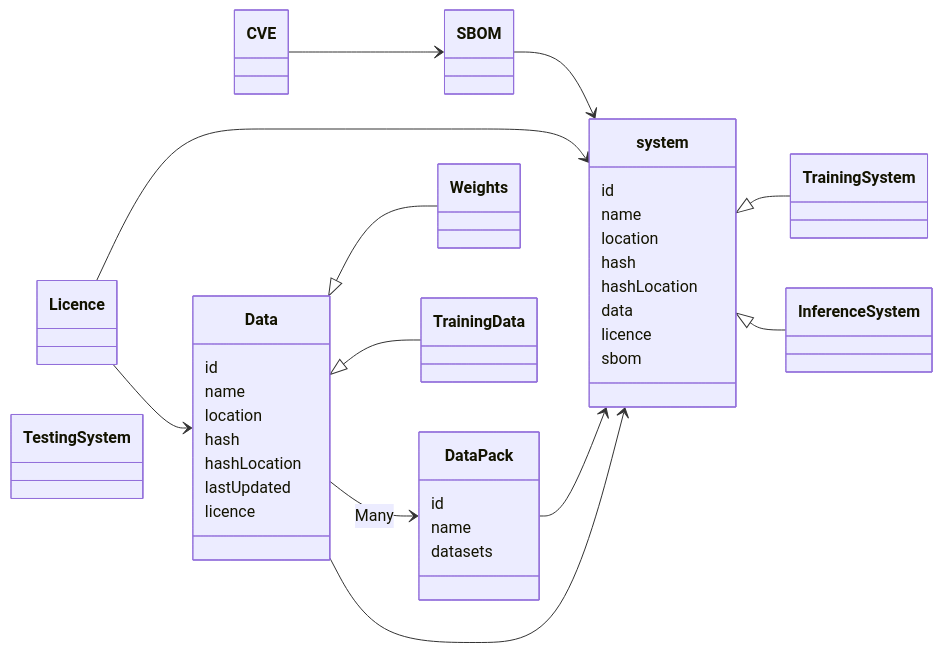
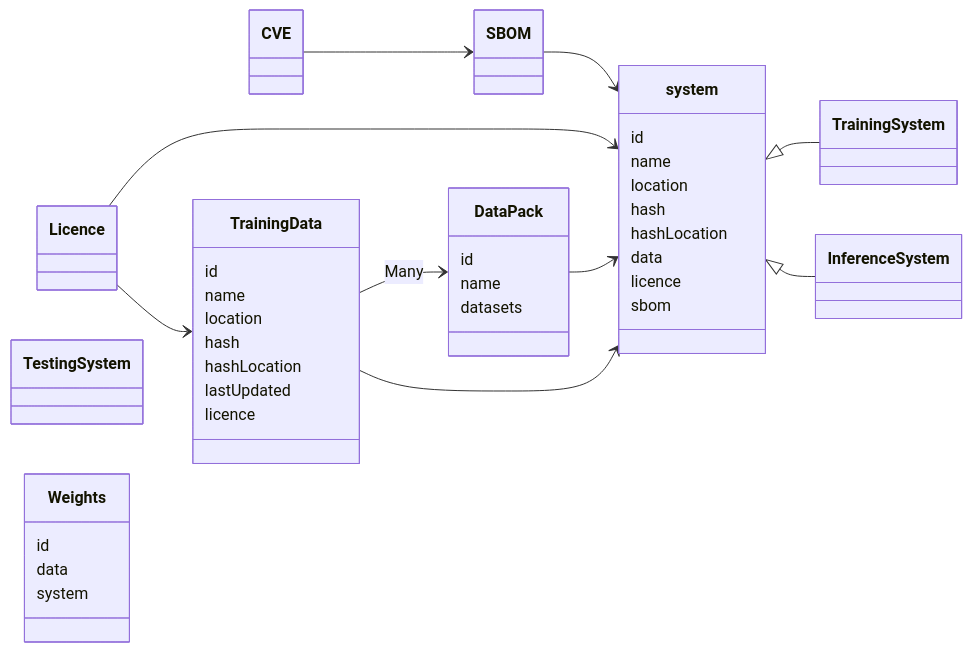
Before and after one commit to nqminds/Trusted-AI-BOM: the diagram in packages/docusaurus/docs/working-docs/30-requirements-and-design/30-requirements-and-design.md, drawn with Mermaid. The commit also changed other lines of this file, not shown here.

Commit message:
[2024-10-22 14:24:53] Tony McCaigue: Requirements & Design

````diff
--- a/packages/docusaurus/docs/working-docs/30-requirements-and-design/30-requirements-and-design.md
+++ b/packages/docusaurus/docs/working-docs/30-requirements-and-design/30-requirements-and-design.md
@@ -7,65 +7,68 @@
 ```mermaid
 classDiagram 
     direction LR
 
     class DataPack {
         id
         name
         datasets
     }
 
-    class Data{
+    class TrainingData{
         id
         name
         location
         hash
         hashLocation
         lastUpdated
         licence
     }
 
     class Licence{
     }
 
     class CVE{
     }
 
     class SBOM {
     }
 
     class system {
         id
         name
         location
         hash
         hashLocation
         data
         licence
         sbom
     }
 
     class TrainingSystem{
     }
 
     class TestingSystem{
     }
 
     class InferenceSystem{
     }
+    
+    class Weights{
+        id
+        data
+        system
+    }
 
     CVE --> SBOM
     SBOM --> system
     Licence --> system
-    Licence --> Data
-    Data  -->  DataPack: Many
+    Licence --> TrainingData
+    TrainingData  -->  DataPack: Many
     DataPack --> system
-    Data --> system
+    TrainingData --> system
 
-    %% Inheritance to represent types of Data
-    Data <|-- Weights
-    Data <|-- TrainingData
 
     %% Inheritance to represent types of system
     system <|-- TrainingSystem
     system <|-- InferenceSystem
 ```
````
